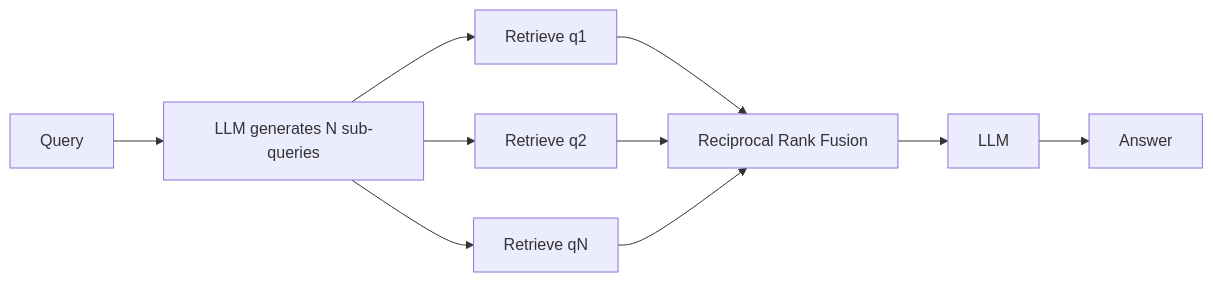
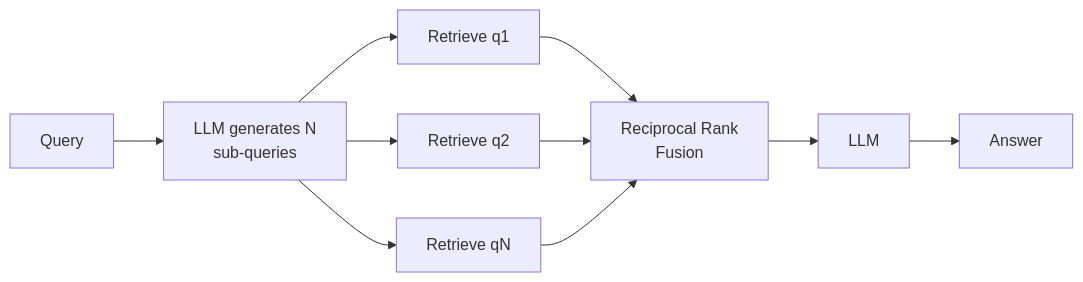
The diagram in 05. RAG Fusion/README.md (ajay-nikumbh/RAG-From-Basics-to-Production), drawn with Mermaid before and after one commit. The commit also changed other lines of this file and 38 other files, not shown here.

First line of the commit message:
Group root README by pattern, widen tables, wrap diagram labels

````diff
--- a/05. RAG Fusion/README.md
+++ b/05. RAG Fusion/README.md
@@ -24,10 +24,10 @@
 ```mermaid
 flowchart LR
-    Q[Query] --> MQ[LLM generates N sub-queries]
+    Q[Query] --> MQ[LLM generates N<br/>sub-queries]
     MQ --> R1[Retrieve q1]
     MQ --> R2[Retrieve q2]
     MQ --> R3[Retrieve qN]
-    R1 --> F[Reciprocal Rank Fusion]
+    R1 --> F[Reciprocal Rank<br/>Fusion]
     R2 --> F
     R3 --> F --> L[LLM] --> A[Answer]
 ```
````
